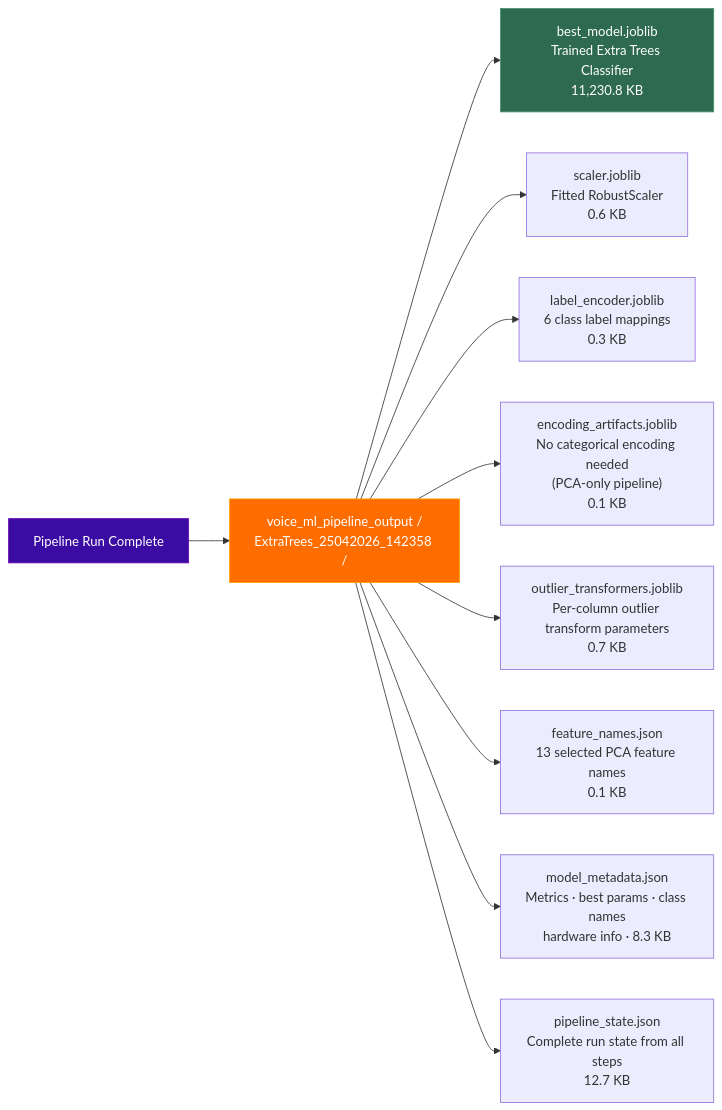
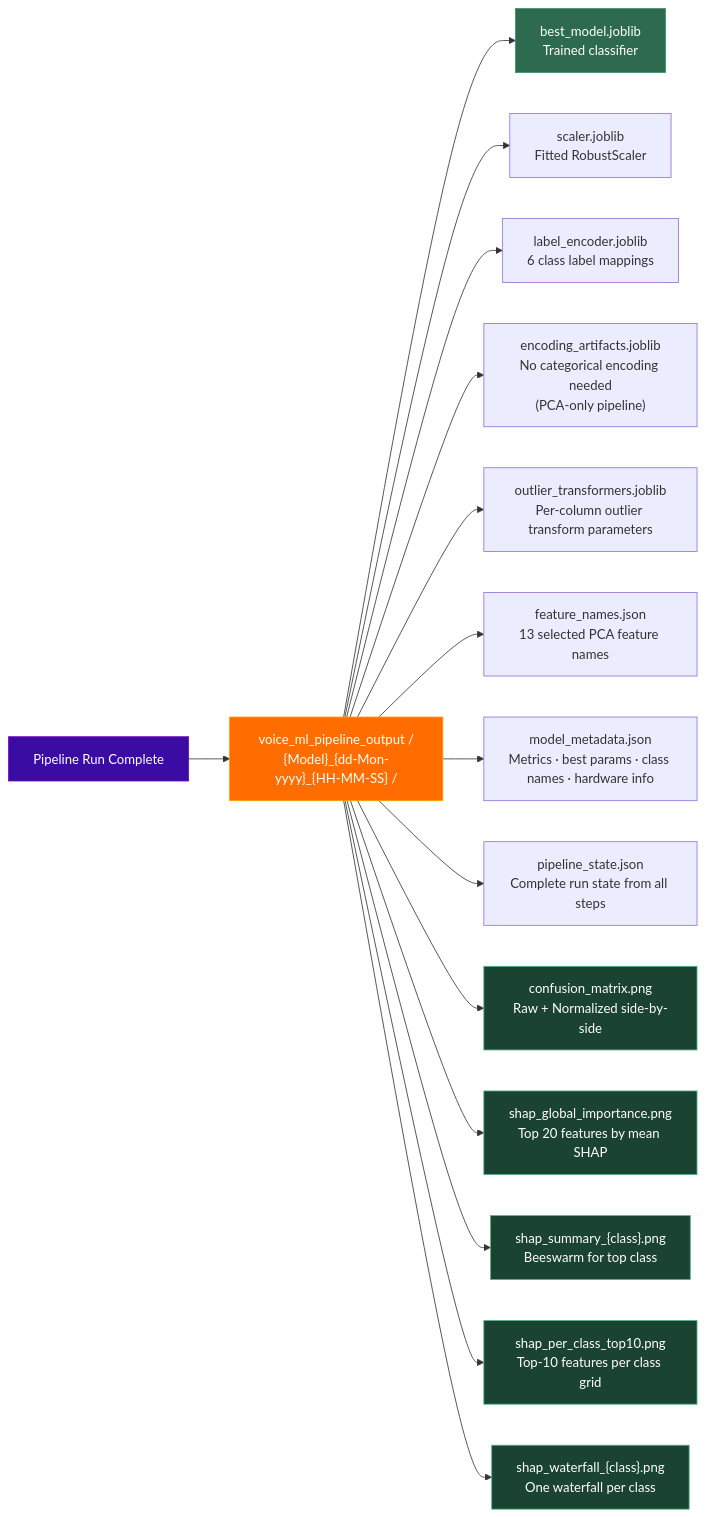
Before and after one commit to VICKYPATIL2525/Mindspace-ml-pipeline-text-to-mentel-health-class: the ninth of 9 diagrams in project flow diagrams/VOICE_PIPELINE_FLOW.md, drawn with Mermaid. The commit also changed other lines of this file and 14 other files, not shown here.

````diff
--- a/project flow diagrams/VOICE_PIPELINE_FLOW.md
+++ b/project flow diagrams/VOICE_PIPELINE_FLOW.md
@@ -300,20 +301,30 @@
 ```mermaid
 flowchart LR
     PIPELINE["Pipeline Run Complete"]
-    FOLDER["voice_ml_pipeline_output /\nExtraTrees_25042026_142358 /"]
-    M["best_model.joblib\nTrained Extra Trees Classifier\n11,230.8 KB"]
-    SC["scaler.joblib\nFitted RobustScaler\n0.6 KB"]
-    LE["label_encoder.joblib\n6 class label mappings\n0.3 KB"]
-    EA["encoding_artifacts.joblib\nNo categorical encoding needed\n(PCA-only pipeline)\n0.1 KB"]
-    OT["outlier_transformers.joblib\nPer-column outlier transform parameters\n0.7 KB"]
-    FN["feature_names.json\n13 selected PCA feature names\n0.1 KB"]
-    MD["model_metadata.json\nMetrics · best params · class names\nhardware info · 8.3 KB"]
-    PS["pipeline_state.json\nComplete run state from all steps\n12.7 KB"]
+    FOLDER["voice_ml_pipeline_output /\n{Model}_{dd-Mon-yyyy}_{HH-MM-SS} /"]
+    M["best_model.joblib\nTrained classifier"]
+    SC["scaler.joblib\nFitted RobustScaler"]
+    LE["label_encoder.joblib\n6 class label mappings"]
+    EA["encoding_artifacts.joblib\nNo categorical encoding needed\n(PCA-only pipeline)"]
+    OT["outlier_transformers.joblib\nPer-column outlier transform parameters"]
+    FN["feature_names.json\n13 selected PCA feature names"]
+    MD["model_metadata.json\nMetrics · best params · class names · hardware info"]
+    PS["pipeline_state.json\nComplete run state from all steps"]
+    CM["confusion_matrix.png\nRaw + Normalized side-by-side"]
+    SH1["shap_global_importance.png\nTop 20 features by mean SHAP"]
+    SH2["shap_summary_{class}.png\nBeeswarm for top class"]
+    SH3["shap_per_class_top10.png\nTop-10 features per class grid"]
+    SH4["shap_waterfall_{class}.png\nOne waterfall per class"]
 
     PIPELINE --> FOLDER
-    FOLDER --> M & SC & LE & EA & OT & FN & MD & PS
+    FOLDER --> M & SC & LE & EA & OT & FN & MD & PS & CM & SH1 & SH2 & SH3 & SH4
 
     style PIPELINE fill:#3a0ca3,stroke:#7209b7,color:#fff
     style FOLDER fill:#ff6d00,stroke:#ff9e00,color:#fff
     style M fill:#2d6a4f,stroke:#40916c,color:#fff
+    style CM fill:#1b4332,stroke:#52b788,color:#fff
+    style SH1 fill:#1b4332,stroke:#52b788,color:#fff
+    style SH2 fill:#1b4332,stroke:#52b788,color:#fff
+    style SH3 fill:#1b4332,stroke:#52b788,color:#fff
+    style SH4 fill:#1b4332,stroke:#52b788,color:#fff
 ```
````
